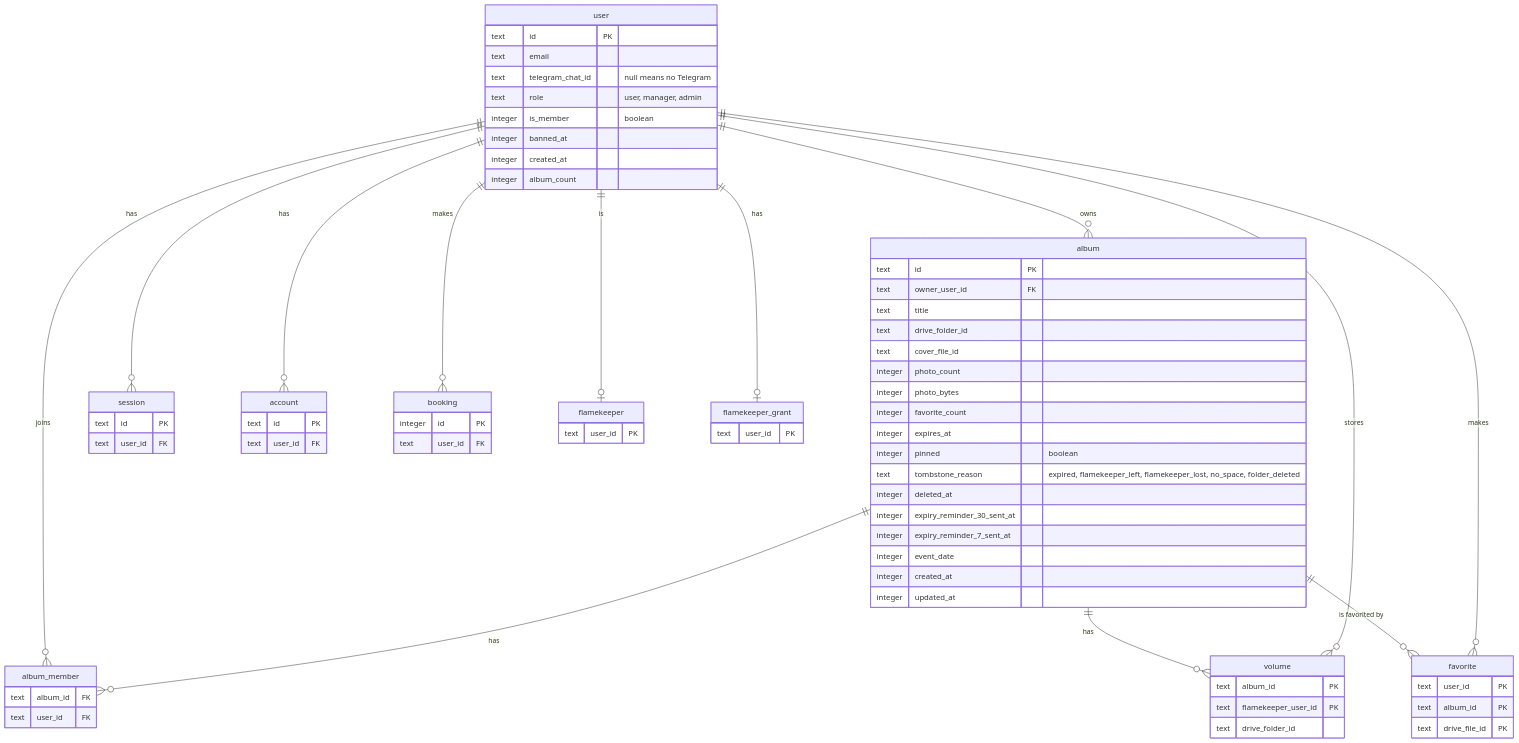
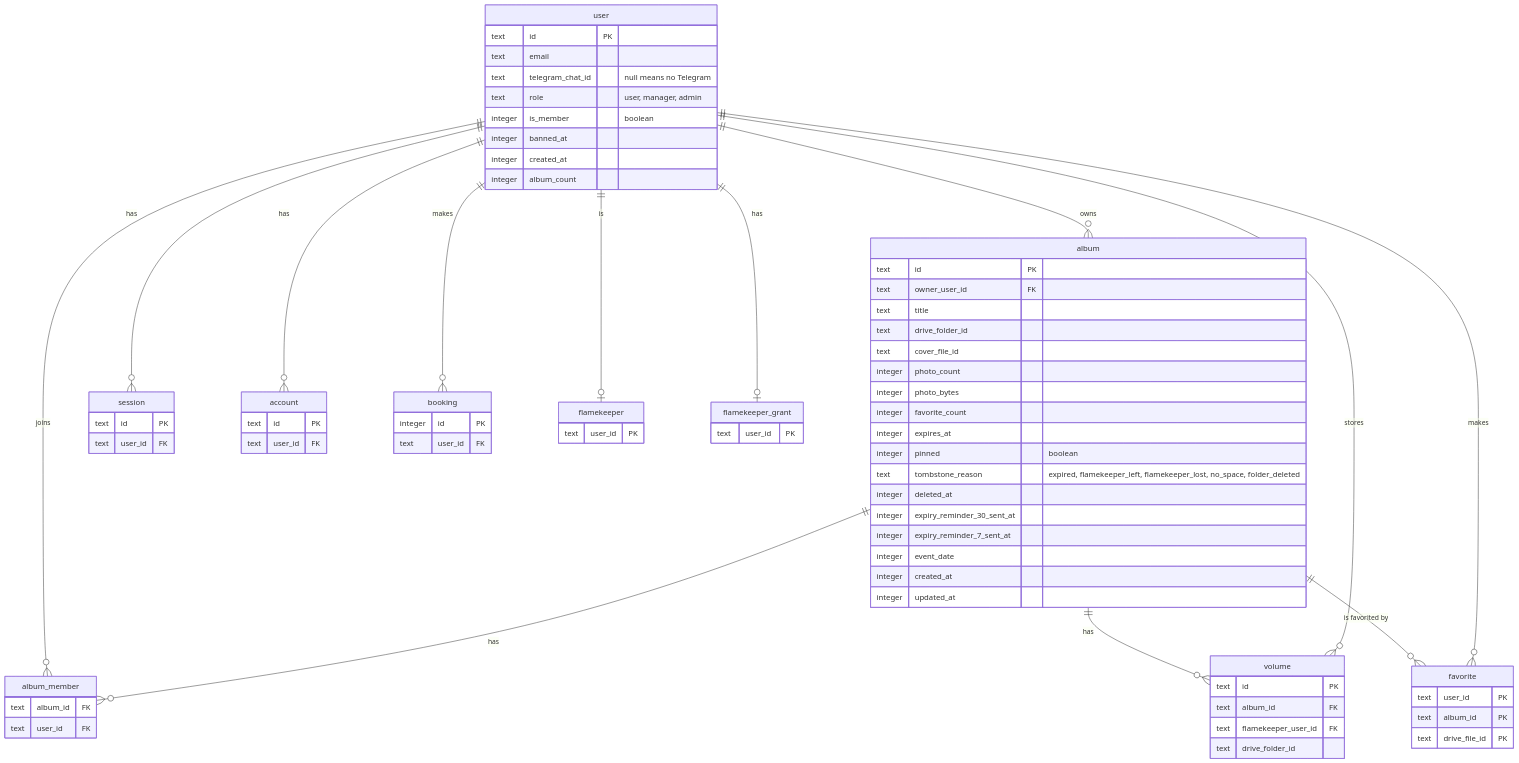
The diagram in docs/scenarios/cron/albums-and-housekeeping/erd.md (sagyzdop/meriksirat), drawn with Mermaid before and after one commit. The commit also changed 45 other files, not shown here.

````diff
--- a/docs/scenarios/cron/albums-and-housekeeping/erd.md
+++ b/docs/scenarios/cron/albums-and-housekeeping/erd.md
@@ -22,76 +22,77 @@
 ```mermaid
 erDiagram
     user ||--o{ album : owns
     user ||--o{ album_member : joins
     album ||--o{ album_member : has
     album ||--o{ volume : has
     album ||--o{ favorite : "is favorited by"
     user ||--o{ volume : stores
     user ||--o{ session : has
     user ||--o{ account : has
     user ||--o{ booking : makes
     user ||--o{ favorite : makes
     user ||--o| flamekeeper : is
     user ||--o| flamekeeper_grant : has
     user {
         text id PK
         text email
         text telegram_chat_id "null means no Telegram"
         text role "user, manager, admin"
         integer is_member "boolean"
         integer banned_at
         integer created_at
         integer album_count
     }
     album {
         text id PK
         text owner_user_id FK
         text title
         text drive_folder_id
         text cover_file_id
         integer photo_count
         integer photo_bytes
         integer favorite_count
         integer expires_at
         integer pinned "boolean"
         text tombstone_reason "expired, flamekeeper_left, flamekeeper_lost, no_space, folder_deleted"
         integer deleted_at
         integer expiry_reminder_30_sent_at
         integer expiry_reminder_7_sent_at
         integer event_date
         integer created_at
         integer updated_at
     }
     album_member {
         text album_id FK
         text user_id FK
     }
     favorite {
         text user_id PK
         text album_id PK
         text drive_file_id PK
     }
     volume {
-        text album_id PK
-        text flamekeeper_user_id PK
+        text id PK
+        text album_id FK
+        text flamekeeper_user_id FK
         text drive_folder_id
     }
     session {
         text id PK
         text user_id FK
     }
     account {
         text id PK
         text user_id FK
     }
     booking {
         integer id PK
         text user_id FK
     }
     flamekeeper {
         text user_id PK
     }
     flamekeeper_grant {
         text user_id PK
     }
 ```
````
